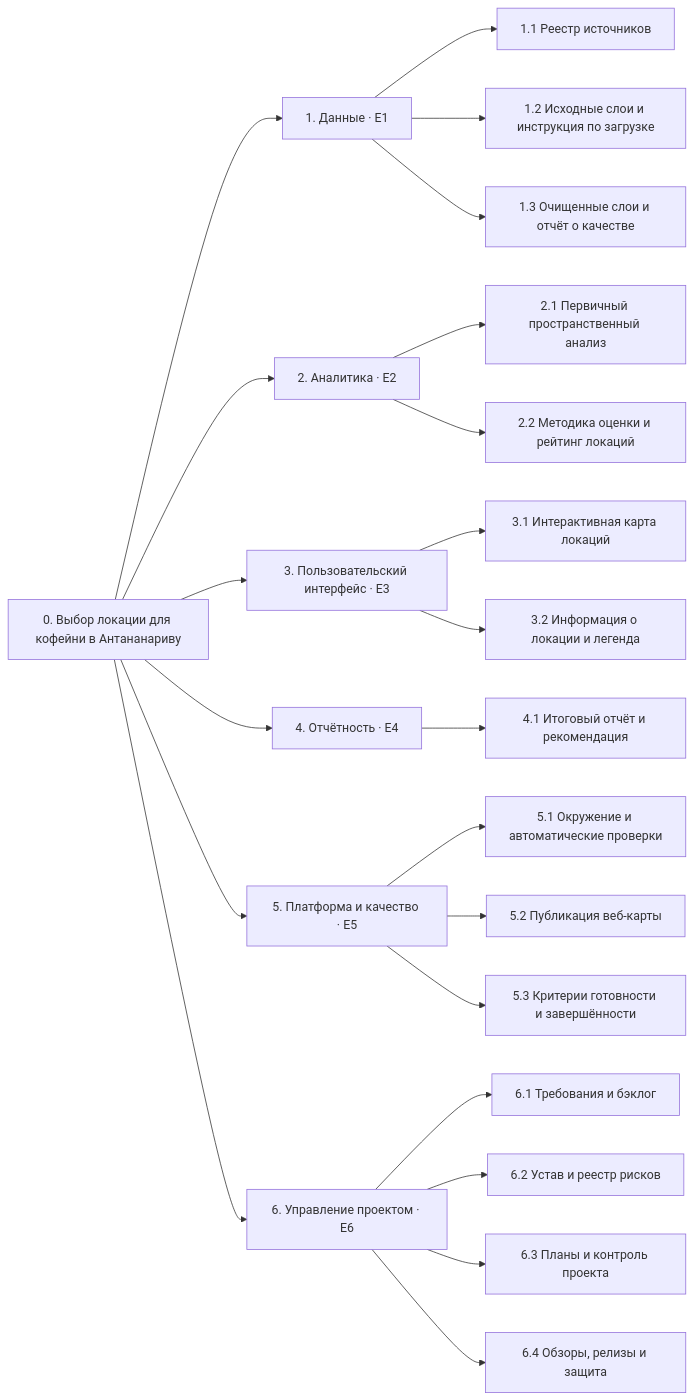
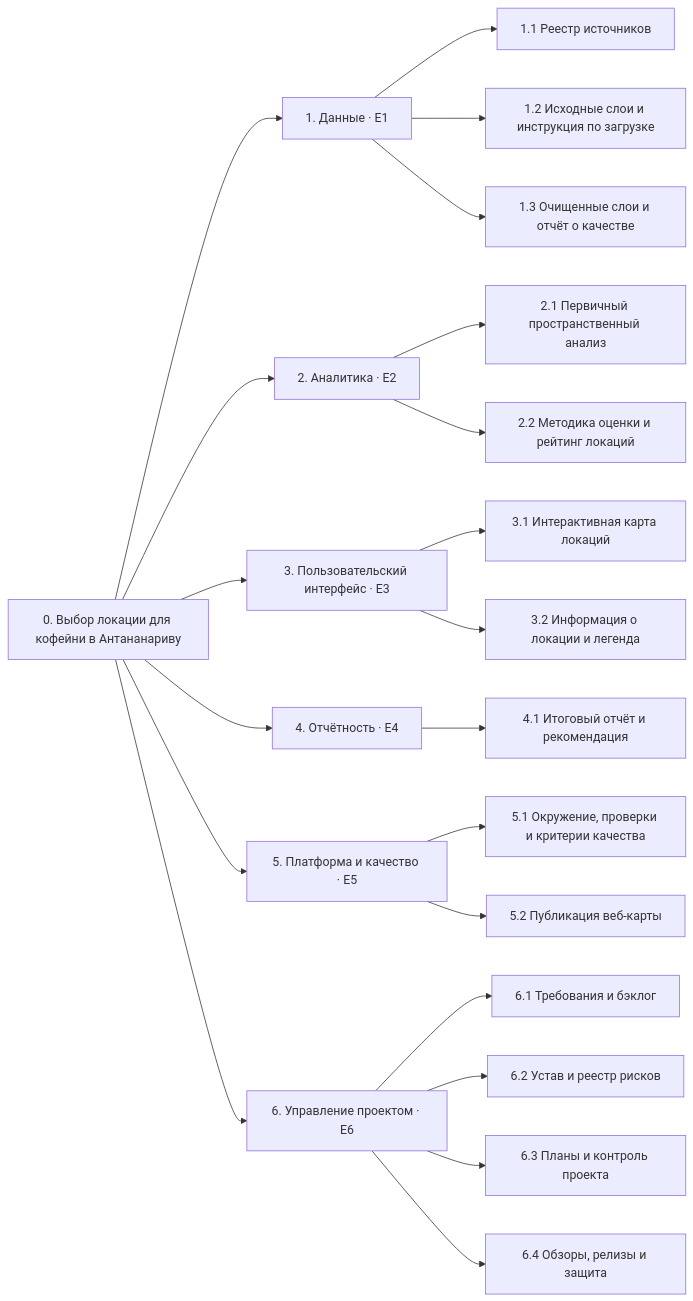
The diagram in docs/wbs.md (DedNadif/pm-lab-01-geomarket), drawn with Mermaid before and after one commit. The commit also changed other lines of this file, not shown here.

````diff
--- a/docs/wbs.md
+++ b/docs/wbs.md
@@ -5,31 +5,30 @@
 ```mermaid
 flowchart LR
     P["0. Выбор локации для кофейни в Антананариву"]
     P --> D["1. Данные · E1"]
     P --> A["2. Аналитика · E2"]
     P --> U["3. Пользовательский интерфейс · E3"]
     P --> R["4. Отчётность · E4"]
     P --> Q["5. Платформа и качество · E5"]
     P --> M["6. Управление проектом · E6"]
 
     D --> D1["1.1 Реестр источников"]
     D --> D2["1.2 Исходные слои и инструкция по загрузке"]
     D --> D3["1.3 Очищенные слои и отчёт о качестве"]
 
     A --> A1["2.1 Первичный пространственный анализ"]
     A --> A2["2.2 Методика оценки и рейтинг локаций"]
 
     U --> U1["3.1 Интерактивная карта локаций"]
     U --> U2["3.2 Информация о локации и легенда"]
 
     R --> R1["4.1 Итоговый отчёт и рекомендация"]
 
-    Q --> Q1["5.1 Окружение и автоматические проверки"]
+    Q --> Q1["5.1 Окружение, проверки и критерии качества"]
     Q --> Q2["5.2 Публикация веб-карты"]
-    Q --> Q3["5.3 Критерии готовности и завершённости"]
 
     M --> M1["6.1 Требования и бэклог"]
     M --> M2["6.2 Устав и реестр рисков"]
     M --> M3["6.3 Планы и контроль проекта"]
     M --> M4["6.4 Обзоры, релизы и защита"]
 ```
````
